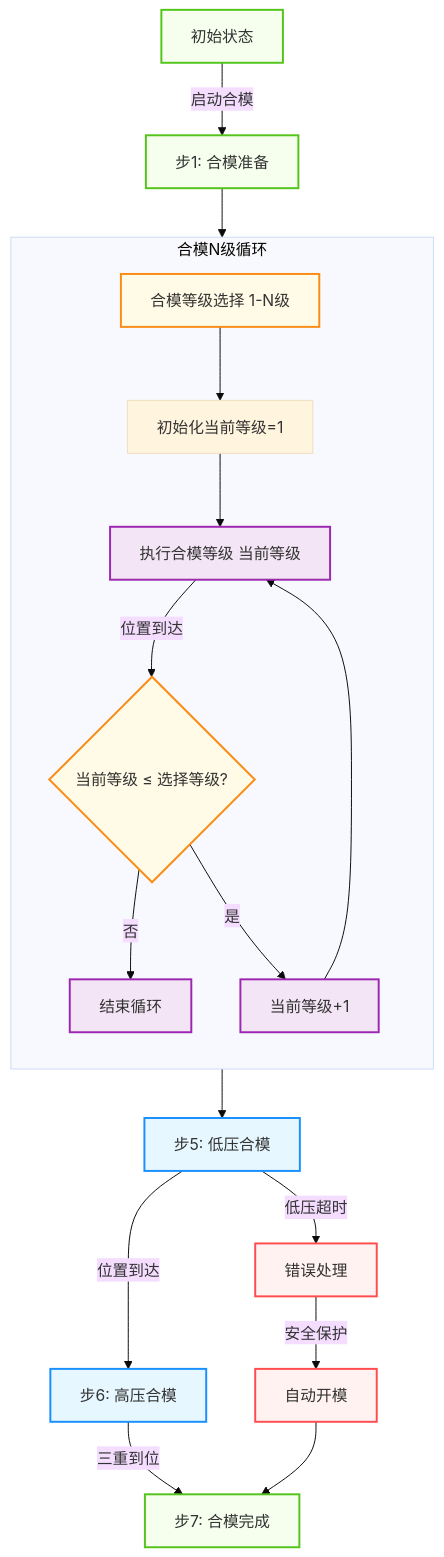
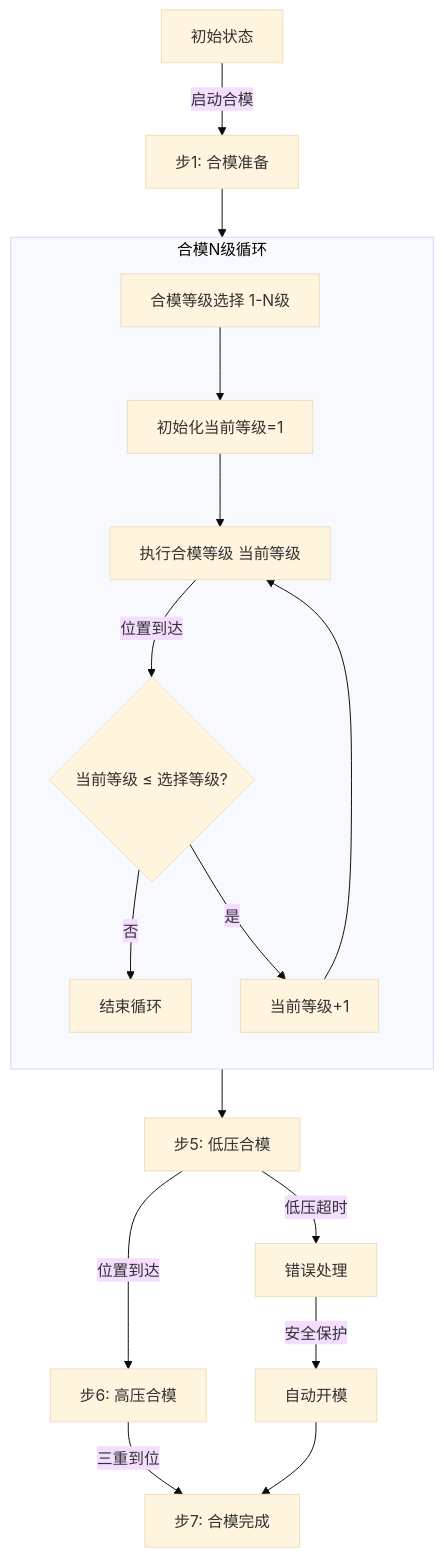
One commit to Porcheson/inj-machine-docs changed the third of 8 diagrams in docs/01_开合模功能整理.md. Above: the diagram before and after it, drawn with Mermaid (base theme). The commit also changed other lines of this file and 1 other file, not shown here.

Commit message:
优化开合模功能文档的Mermaid图表样式，支持浅色和深色主题切换

````diff
--- a/docs/01_开合模功能整理.md
+++ b/docs/01_开合模功能整理.md
@@ -168,34 +162,27 @@
 ```mermaid
 flowchart TD
     Start[初始状态] -->|启动合模| Step1[步1: 合模准备]
     Step1 --> Select[合模等级选择 1-N级]
   
     subgraph 合模N级循环
         direction TB
         Select --> Init[初始化当前等级=1]
         Init --> Execute[执行合模等级 当前等级]
         Execute -->|位置到达| CheckLoop{当前等级 ≤ 选择等级?}
         CheckLoop -->|否| EndLoop[结束循环]
         CheckLoop -->|是| Increment[当前等级+1]
         Increment --> Execute
     end
   
     EndLoop --> Step5[步5: 低压合模]
     Step5 -->|位置到达| Step6[步6: 高压合模]
     Step5 -->|低压超时| Error[错误处理]
     Error -->|安全保护| AutoOpen[自动开模]
     Step6 -->|三重到位| Step7[步7: 合模完成]
     AutoOpen --> Step7
   
-    classDef step fill:#e6f7ff,stroke:#1890ff,stroke-width:2px,rounded
-    classDef error fill:#fff2f0,stroke:#ff4d4f,stroke-width:2px,rounded
-    classDef complete fill:#f6ffed,stroke:#52c41a,stroke-width:2px,rounded
-    classDef decision fill:#fffbe6,stroke:#fa8c16,stroke-width:2px,rounded
-    classDef loop fill:#f3e5f5,stroke:#9c27b0,stroke-width:2px,rounded
-  
-    class Step5,Step6 step
-    class Error,AutoOpen error
-    class Step1,Step7,Start complete
-    class CheckLoop,Select decision
-    class EndLoop,Increment,Execute loop
+    class Step2,Select,Init,Execute,Increment,EndLoop step
+    class Step1,Start,Step5,Step6,Step7,AutoOpen complete
+    class CheckLoop decision
+    class Error error
 ```
````
